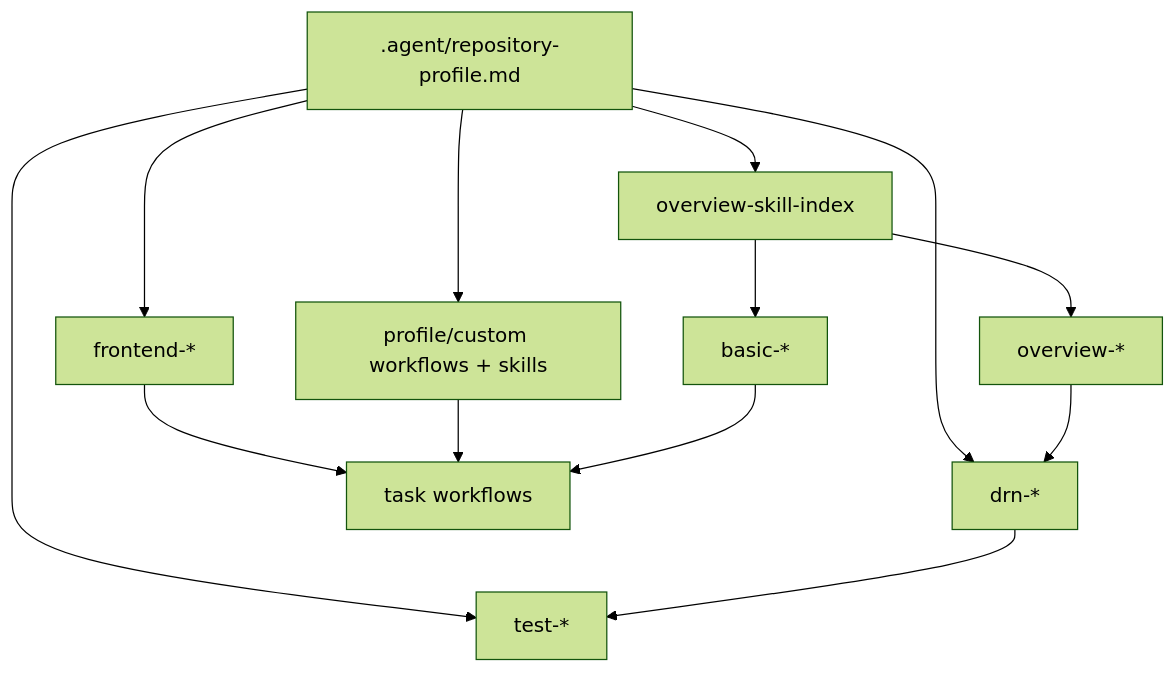
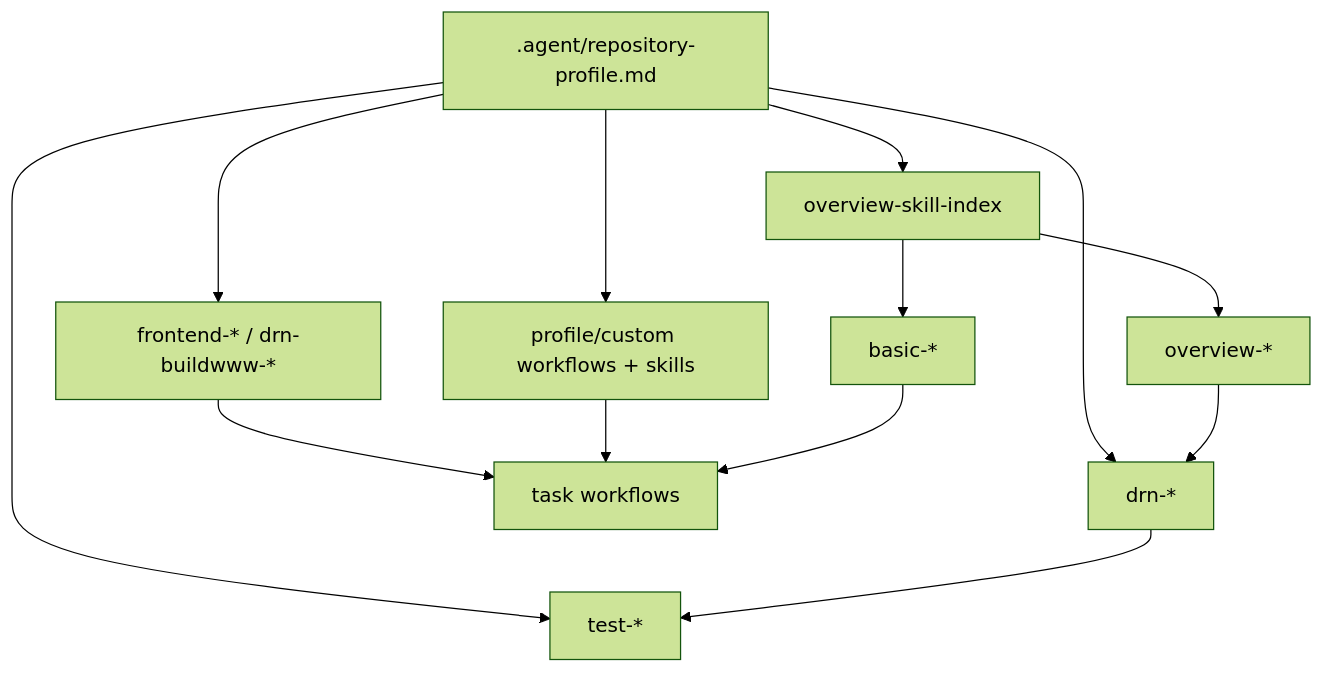
Before and after one commit to duranserkan/DRN-Project: the diagram in .agent/skills/overview-skill-index/SKILL.md, drawn with Mermaid (forest theme). The commit also changed other lines of this file and 35 other files, not shown here.

First line of the commit message:
chore(skills): rename frontend-buildwww-* skills to drn-buildwww-* (#35)

````diff
--- a/.agent/skills/overview-skill-index/SKILL.md
+++ b/.agent/skills/overview-skill-index/SKILL.md
@@ -69,25 +70,25 @@
 ```mermaid
 flowchart TD
     Profile[".agent/repository-profile.md"]
     Index["overview-skill-index"]
     Basic["basic-*"]
     Overview["overview-*"]
     DRN["drn-*"]
     Test["test-*"]
-    Frontend["frontend-*"]
+    Frontend["frontend-* / drn-buildwww-*"]
     Custom["profile/custom workflows + skills"]
     Workflows["task workflows"]
 
     Profile --> Index
     Index --> Basic
     Index --> Overview
     Profile --> DRN
     Profile --> Test
     Profile --> Frontend
     Profile --> Custom
     Overview --> DRN
     DRN --> Test
     Frontend --> Workflows
     Custom --> Workflows
     Basic --> Workflows
 ```
````
